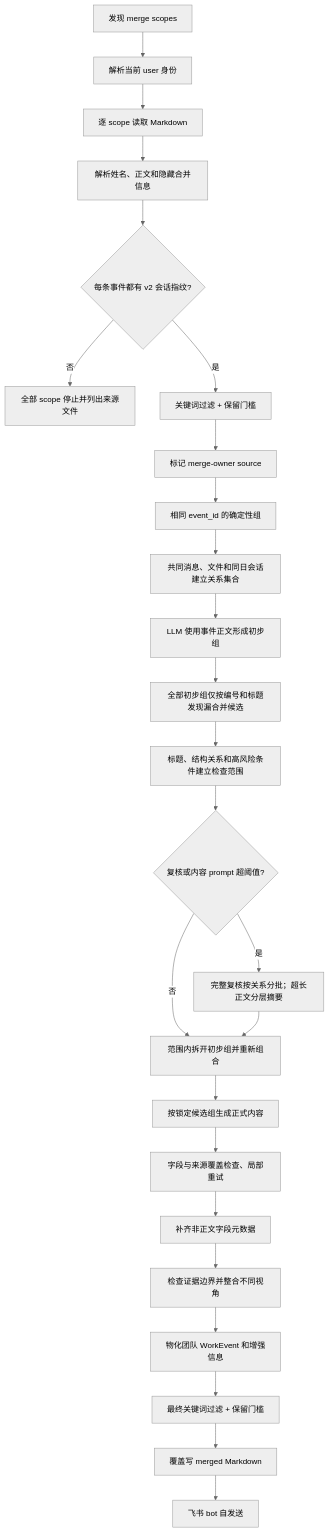
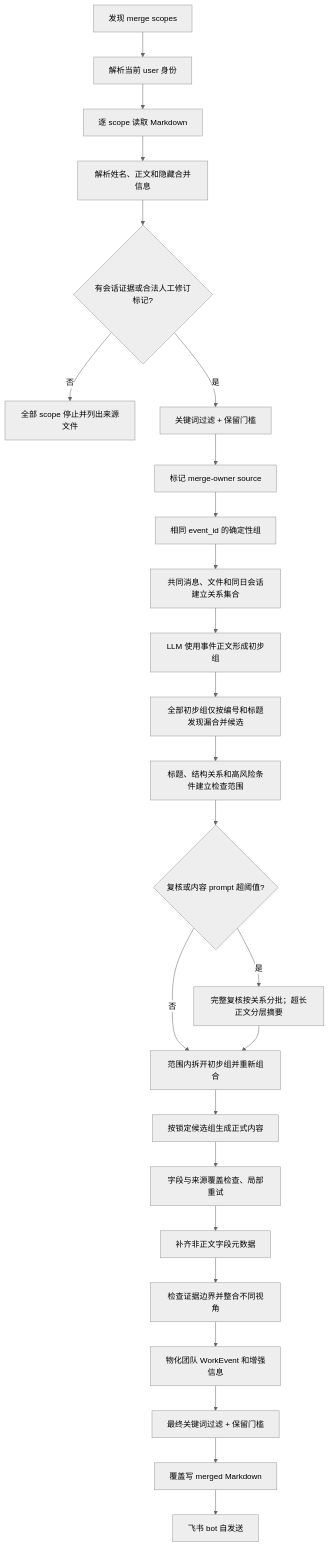
Before and after one commit to sunweisheng/WorkTrace: the diagram in docs/collected-people-merge-plan.md, drawn with Mermaid (neutral theme). The commit also changed other lines of this file and 19 other files, not shown here.

````diff
--- a/docs/collected-people-merge-plan.md
+++ b/docs/collected-people-merge-plan.md
@@ -70,27 +70,27 @@
 ```mermaid
 flowchart TD
     A["发现 merge scopes"] --> B["解析当前 user 身份"]
     B --> C["逐 scope 读取 Markdown"]
     C --> D["解析姓名、正文和隐藏合并信息"]
-    D --> E{"每条事件都有 v2 会话指纹?"}
+    D --> E{"有会话证据或合法人工修订标记?"}
     E -->|"否"| X["全部 scope 停止并列出来源文件"]
     E -->|"是"| F["关键词过滤 + 保留门槛"]
     F --> G["标记 merge-owner source"]
     G --> H["相同 event_id 的确定性组"]
     H --> I["共同消息、文件和同日会话建立关系集合"]
     I --> J["LLM 使用事件正文形成初步组"]
     J --> J1["全部初步组仅按编号和标题发现漏合并候选"]
     J1 --> R["标题、结构关系和高风险条件建立检查范围"]
     R --> K{"复核或内容 prompt 超阈值?"}
     K -->|"是"| L["完整复核按关系分批；超长正文分层摘要"]
     K -->|"否"| V["范围内拆开初步组并重新组合"]
     L --> V
     V --> M["按锁定候选组生成正式内容"]
     M --> N["字段与来源覆盖检查、局部重试"]
     N --> O["补齐非正文字段元数据"]
     O --> P["检查证据边界并整合不同视角"]
     P --> Q["物化团队 WorkEvent 和增强信息"]
     Q --> Z["最终关键词过滤 + 保留门槛"]
     Z --> S["覆盖写 merged Markdown"]
     S --> T["飞书 bot 自发送"]
 ```
````
